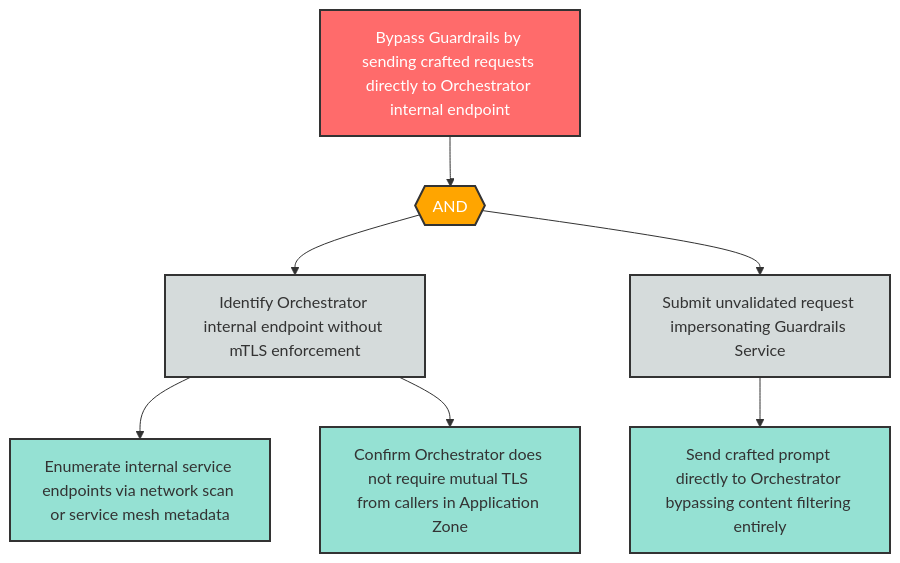
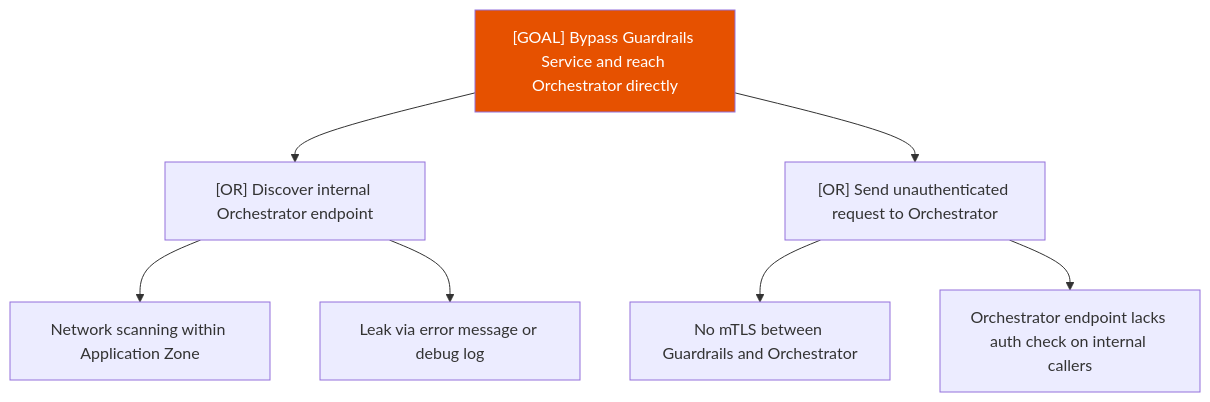
One commit to q-qp-p/davidmatousek-tachi changed the diagram in examples/agentic-app/sample-report/attack-trees/s-2-attack-tree.md. Above: the diagram before and after it, drawn with Mermaid. The commit also changed other lines of this file and 132 other files, not shown here.

````diff
--- a/examples/agentic-app/sample-report/attack-trees/s-2-attack-tree.md
+++ b/examples/agentic-app/sample-report/attack-trees/s-2-attack-tree.md
@@ -8,28 +7,12 @@
 ```mermaid
-flowchart TD
-    S2_root["Bypass Guardrails by sending crafted requests directly to Orchestrator internal endpoint"]
-    S2_and1{{"AND"}}
-    S2_sub1["Identify Orchestrator internal endpoint without mTLS enforcement"]
-    S2_sub2["Submit unvalidated request impersonating Guardrails Service"]
-    S2_leaf1["Enumerate internal service endpoints via network scan or service mesh metadata"]
-    S2_leaf2["Confirm Orchestrator does not require mutual TLS from callers in Application Zone"]
-    S2_leaf3["Send crafted prompt directly to Orchestrator bypassing content filtering entirely"]
-
-    S2_root --> S2_and1
-    S2_and1 --> S2_sub1
-    S2_and1 --> S2_sub2
-    S2_sub1 --> S2_leaf1
-    S2_sub1 --> S2_leaf2
-    S2_sub2 --> S2_leaf3
-
-    classDef goal fill:#ff6b6b,stroke:#333,stroke-width:2px,color:#fff
-    classDef andGate fill:#ffa500,stroke:#333,stroke-width:2px,color:#fff
-    classDef orGate fill:#4ecdc4,stroke:#333,stroke-width:2px,color:#fff
-    classDef subGoal fill:#d5dbdb,stroke:#333,stroke-width:2px,color:#333
-    classDef leaf fill:#95e1d3,stroke:#333,stroke-width:2px,color:#333
-
-    class S2_root goal
-    class S2_and1 andGate
-    class S2_sub1,S2_sub2 subGoal
-    class S2_leaf1,S2_leaf2,S2_leaf3 leaf
+graph TD
+    Goal["[GOAL] Bypass Guardrails Service and reach Orchestrator directly"]
+    Goal --> A["[OR] Discover internal Orchestrator endpoint"]
+    A --> A1["Network scanning within Application Zone"]
+    A --> A2["Leak via error message or debug log"]
+    Goal --> B["[OR] Send unauthenticated request to Orchestrator"]
+    B --> B1["No mTLS between Guardrails and Orchestrator"]
+    B --> B2["Orchestrator endpoint lacks auth check on internal callers"]
+    classDef high fill:#e65100,color:#fff
+    class Goal high
 ```
````
